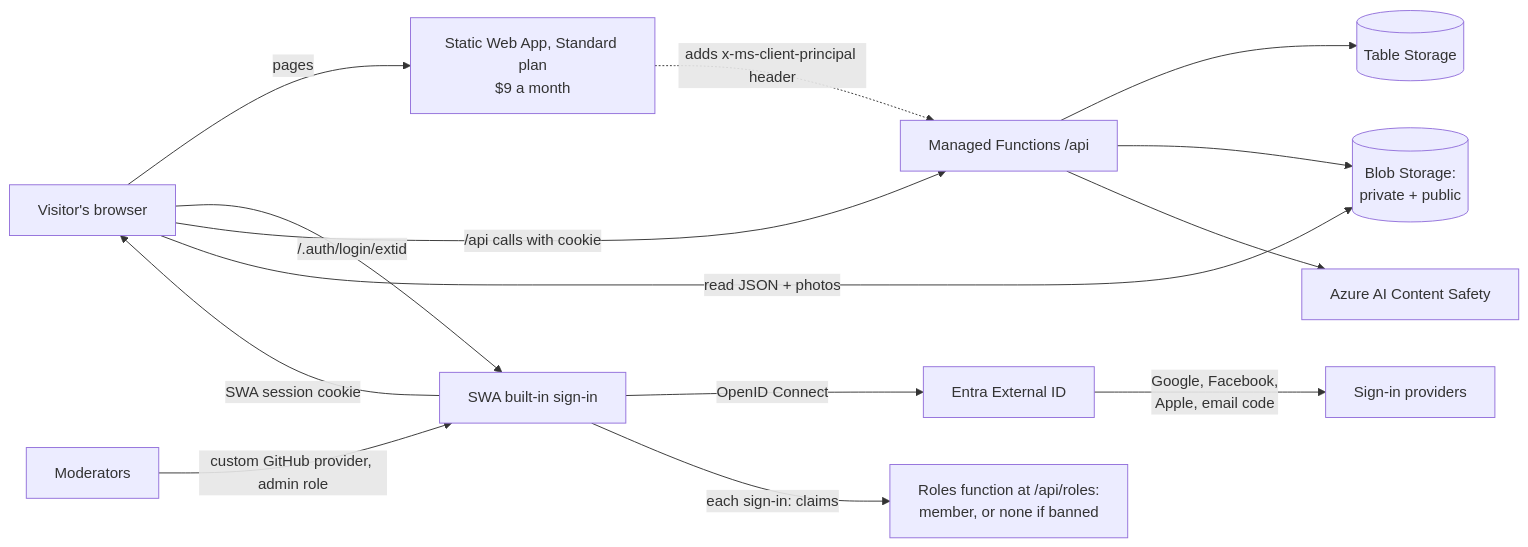
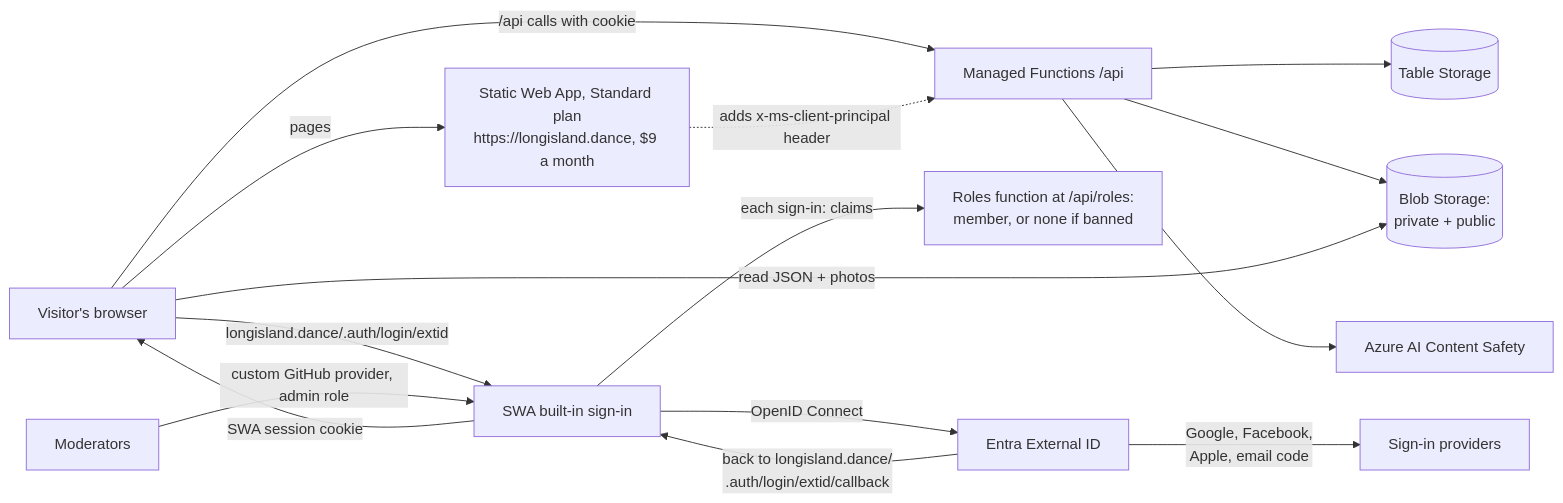
Before and after one commit to michaelsrichter/long-island-dance-events: the third of 4 diagrams in docs/proposals/social-sign-in-and-community-features.md, drawn with Mermaid. The commit also changed other lines of this file and 1 other file, not shown here.

First line of the commit message:
Use the live domain longisland.dance in the sign-in proposal

````diff
--- a/docs/proposals/social-sign-in-and-community-features.md
+++ b/docs/proposals/social-sign-in-and-community-features.md
@@ -487,16 +488,17 @@
 ```mermaid
 flowchart LR
-  V["Visitor's browser"] -->|"pages"| SWA["Static Web App, Standard plan<br/>$9 a month"]
-  V -->|"/.auth/login/extid"| AUTH["SWA built-in sign-in"]
+  V["Visitor's browser"] -->|"pages"| SWA["Static Web App, Standard plan<br/>https://longisland.dance, $9 a month"]
+  V -->|"longisland.dance/.auth/login/extid"| AUTH["SWA built-in sign-in"]
   AUTH -->|"OpenID Connect"| EXT["Entra External ID"]
   EXT -->|"Google, Facebook,<br/>Apple, email code"| IDP["Sign-in providers"]
+  EXT -->|"back to longisland.dance/<br/>.auth/login/extid/callback"| AUTH
   AUTH -->|"SWA session cookie"| V
   AUTH -->|"each sign-in: claims"| ROLES["Roles function at /api/roles:<br/>member, or none if banned"]
   V -->|"/api calls with cookie"| FN["Managed Functions /api"]
   SWA -.->|"adds x-ms-client-principal header"| FN
   FN --> TS[("Table Storage")]
   FN --> BL[("Blob Storage:<br/>private + public")]
   FN --> CS["Azure AI Content Safety"]
   V -->|"read JSON + photos"| BL
   M["Moderators"] -->|"custom GitHub provider, admin role"| AUTH
 ```
````
